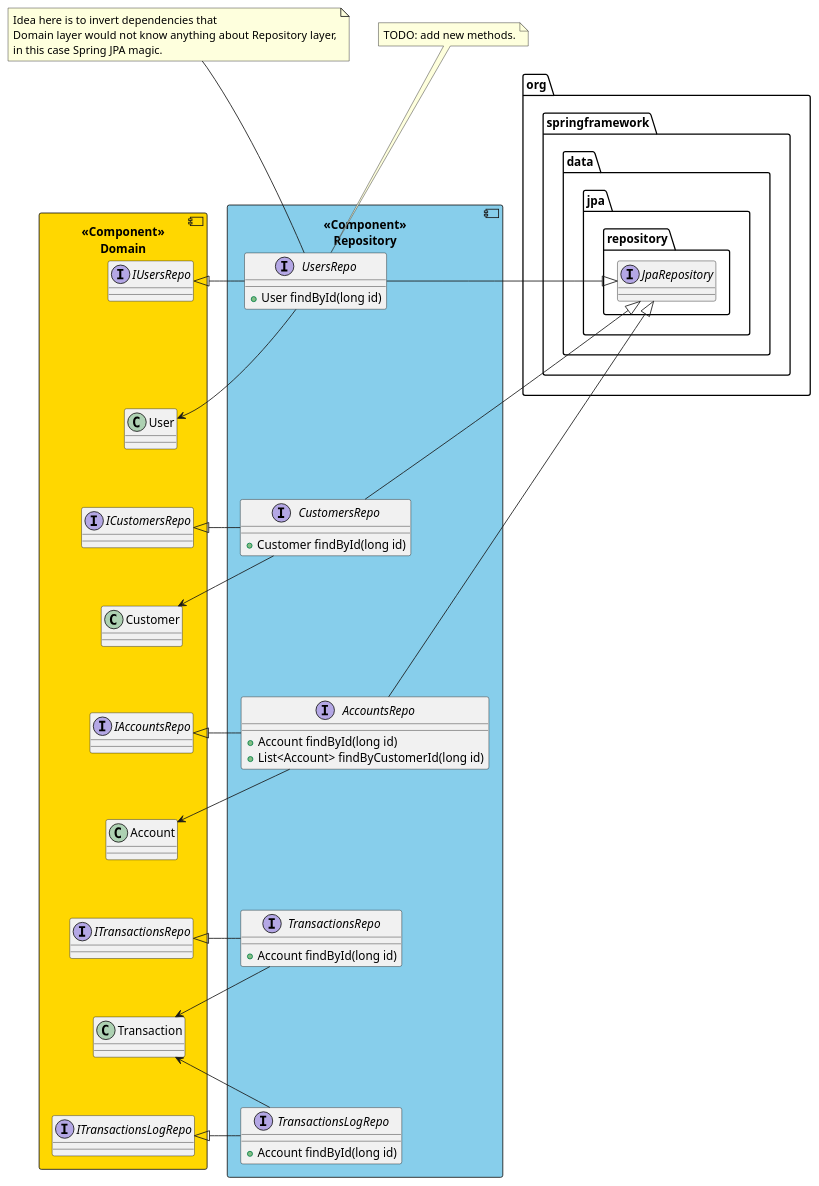
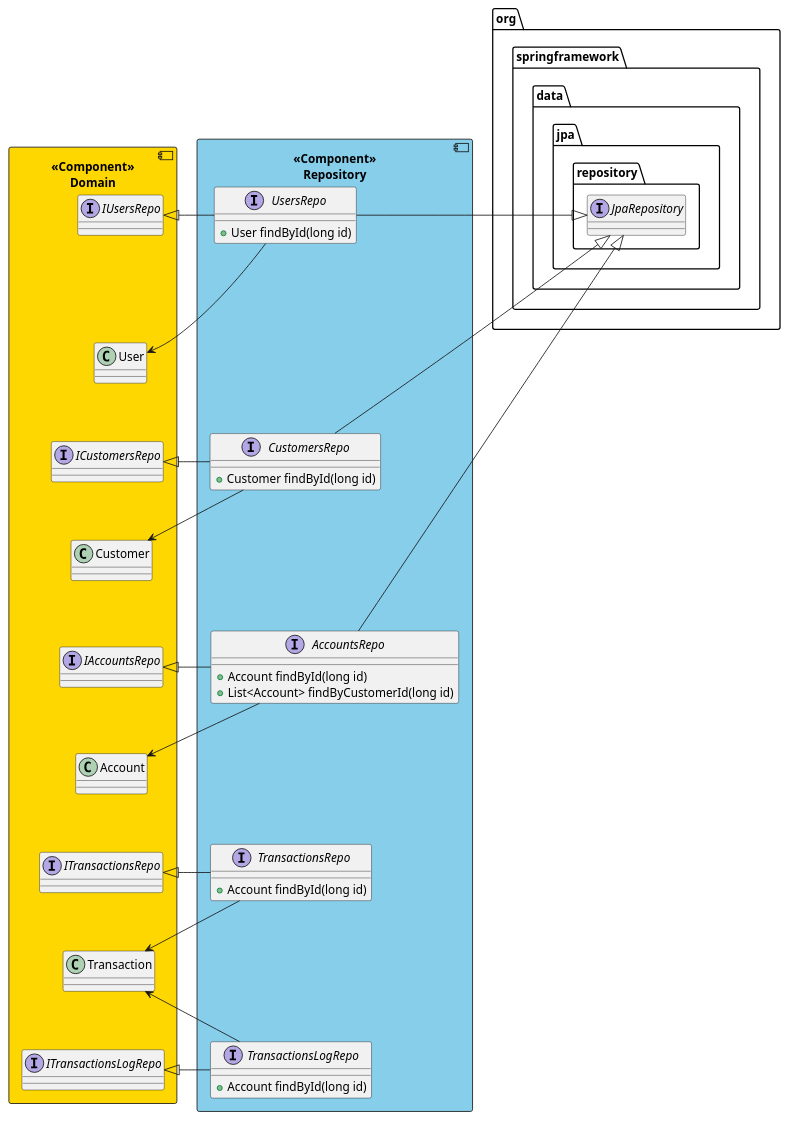
Before and after one commit to opendemobank/diagrams: the diagram in class/class_repository.iuml, drawn with PlantUML. The commit also changed 5 other files, not shown here.

```diff
--- a/class/class_repository.iuml
+++ b/class/class_repository.iuml
@@ -1,96 +1,96 @@
 @startuml ClassRepository
 
 skinparam class {
     BackgroundColor<<Repository>> SkyBlue
     BorderColor<<Repository>> Navy
     BackgroundColor<<Access>> Snow
     BorderColor<<Access>> Plum
     BackgroundColor<<Integration>> SandyBrown
     BorderColor<<Integration>> Tomato
     BackgroundColor<<Domain>> Gold
     BorderColor<<Domain>> Red
 }
 
 component "<<Component>>\nRepository" as repository #SkyBlue {
     interface UsersRepo {
         + User findById(long id)
     }
 
     interface CustomersRepo {
         + Customer findById(long id)
     }
 
     interface AccountsRepo {
         + Account findById(long id)
         + List<Account> findByCustomerId(long id)
     }
 
     interface TransactionsRepo {
         + Account findById(long id)
     }
 
     interface TransactionsLogRepo {
         + Account findById(long id)
     }
 }
 
 component "<<Component>>\nDomain" as domain #Gold {
     interface IUsersRepo
     class User
     interface ICustomersRepo
     class Customer
     interface IAccountsRepo
     class Account
     interface ITransactionsRepo
     class Transaction
     interface ITransactionsLogRepo
 }
 
 interface org.springframework.data.jpa.repository.JpaRepository
 
 UsersRepo -|> IUsersRepo
 UsersRepo --> User
 UsersRepo ---[hidden]> CustomersRepo
 
 CustomersRepo -|> ICustomersRepo
 CustomersRepo --> Customer
 CustomersRepo ---[hidden]> AccountsRepo
 
 AccountsRepo -|> IAccountsRepo
 AccountsRepo --> Account
 AccountsRepo ---[hidden]> TransactionsRepo
 
 TransactionsRepo -|> ITransactionsRepo
 TransactionsRepo --> Transaction
 TransactionsRepo ---[hidden]> TransactionsLogRepo
 
 TransactionsLogRepo -|> ITransactionsLogRepo
 TransactionsLogRepo -up-> Transaction
 
 IUsersRepo --[hidden]> User
 User --[hidden]> ICustomersRepo
 ICustomersRepo --[hidden]> Customer
 Customer --[hidden]> IAccountsRepo
 IAccountsRepo --[hidden]> Account
 Account --[hidden]> ITransactionsRepo
 ITransactionsRepo --[hidden]> Transaction
 Transaction --[hidden]> ITransactionsLogRepo
 
 org.springframework.data.jpa.repository.JpaRepository <|- UsersRepo
 org.springframework.data.jpa.repository.JpaRepository <|--- CustomersRepo
 org.springframework.data.jpa.repository.JpaRepository <|----- AccountsRepo
 
-note as note1
-    TODO: add new methods.
-end note
+' note as note1
+'     TODO: add new methods.
+' end note
 
-note as note2
-    Idea here is to invert dependencies that
-    Domain layer would not know anything about Repository layer,
-    in this case Spring JPA magic.
-end note
+' note as note2
+'     Idea here is to invert dependencies that
+'     Domain layer would not know anything about Repository layer,
+'     in this case Spring JPA magic.
+' end note
 
-UsersRepo -up- note1
-UsersRepo -up- note2
+' UsersRepo -up- note1
+' UsersRepo -up- note2
 
 @enduml
```
